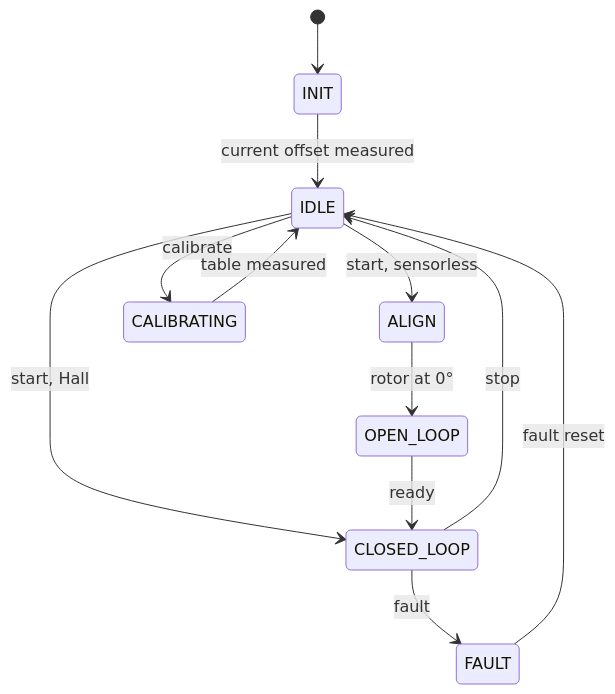
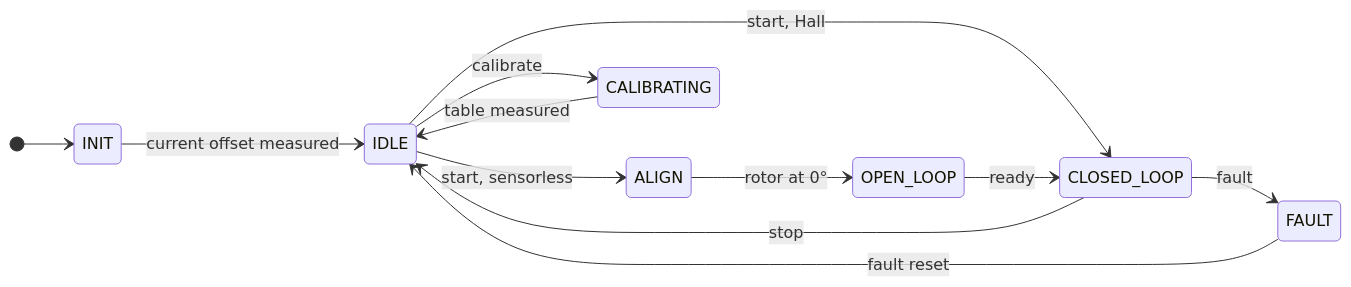
The diagram in README.md (MCanKandamar/stm32g4-foc-motor-drive), drawn with Mermaid before and after one commit. The commit also changed other lines of this file and 1 other file, not shown here.

Commit message:
docs(readme): make the control loop and state charts fit the page

````diff
--- a/README.md
+++ b/README.md
@@ -125,14 +111,15 @@
 ```mermaid
 stateDiagram-v2
+    direction LR
     [*] --> INIT
     INIT --> IDLE: current offset measured
     IDLE --> CLOSED_LOOP: start, Hall
     IDLE --> ALIGN: start, sensorless
     ALIGN --> OPEN_LOOP: rotor at 0°
     OPEN_LOOP --> CLOSED_LOOP: ready
     IDLE --> CALIBRATING: calibrate
     CALIBRATING --> IDLE: table measured
     CLOSED_LOOP --> IDLE: stop
     CLOSED_LOOP --> FAULT: fault
     FAULT --> IDLE: fault reset
 ```
````
